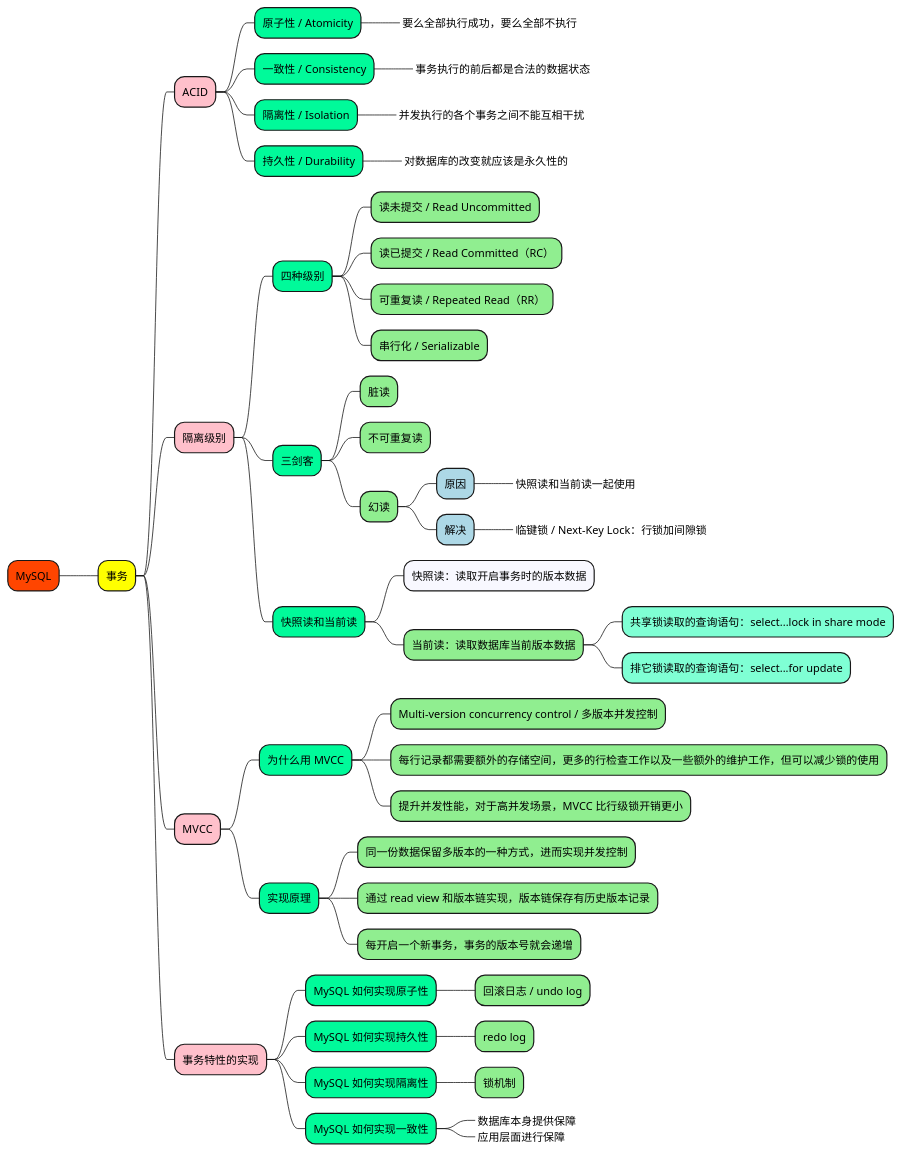
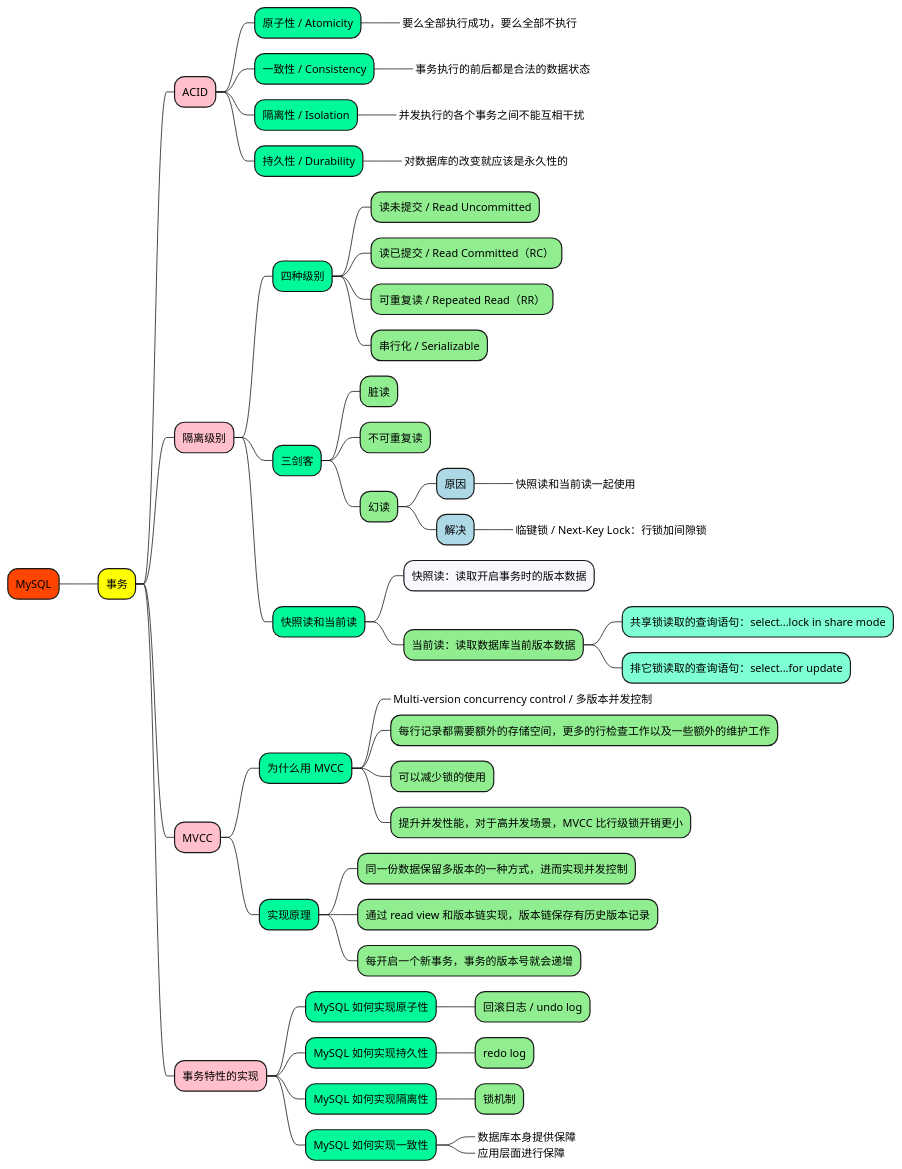
The diagram in 1_map/database/MySQL-事务.puml (doveg/self-cultivation-of-a-software-engineer), drawn with PlantUML before and after one commit. The commit also changed 19 other files, not shown here.

```diff
--- a/1_map/database/MySQL-事务.puml
+++ b/1_map/database/MySQL-事务.puml
@@ -1,71 +1,72 @@
 @startmindmap
 
 +[#OrangeRed] MySQL
 
 ++[#yellow] 事务
 
 +++[#Pink] ACID
 
 ++++[#MediumSpringGreen] 原子性 / Atomicity
 +++++[#LightGreen]_ 要么全部执行成功，要么全部不执行
 ++++[#MediumSpringGreen] 一致性 / Consistency
 +++++[#LightGreen]_ 事务执行的前后都是合法的数据状态
 ++++[#MediumSpringGreen] 隔离性 / Isolation
 +++++[#LightGreen]_ 并发执行的各个事务之间不能互相干扰
 ++++[#MediumSpringGreen] 持久性 / Durability
 +++++[#LightGreen]_ 对数据库的改变就应该是永久性的
 
 
 +++[#Pink] 隔离级别
 
 ++++[#MediumSpringGreen] 四种级别
 +++++[#LightGreen] 读未提交 / Read Uncommitted
 +++++[#LightGreen] 读已提交 / Read Committed（RC）
 +++++[#LightGreen] 可重复读 / Repeated Read（RR）
 +++++[#LightGreen] 串行化 / Serializable
 
 ++++[#MediumSpringGreen] 三剑客
 +++++[#LightGreen] 脏读
 +++++[#LightGreen] 不可重复读
 +++++[#LightGreen] 幻读
 
 ++++++[#LightBlue] 原因
 +++++++[#Aquamarine]_ 快照读和当前读一起使用
 
 ++++++[#LightBlue] 解决
 +++++++[#Aquamarine]_ 临键锁 / Next-Key Lock：行锁加间隙锁
 
 ++++[#MediumSpringGreen] 快照读和当前读
 +++++[#GhostWhite] 快照读：读取开启事务时的版本数据
 +++++[#LightGreen] 当前读：读取数据库当前版本数据
 ++++++[#Aquamarine] 共享锁读取的查询语句：select...lock in share mode
 ++++++[#Aquamarine] 排它锁读取的查询语句：select...for update
 
 
 +++[#Pink] MVCC
 
 ++++[#MediumSpringGreen] 为什么用 MVCC
-+++++[#LightGreen] Multi-version concurrency control / 多版本并发控制
-+++++[#LightGreen] 每行记录都需要额外的存储空间，更多的行检查工作以及一些额外的维护工作，但可以减少锁的使用
++++++[#LightGreen]_ Multi-version concurrency control / 多版本并发控制
++++++[#LightGreen] 每行记录都需要额外的存储空间，更多的行检查工作以及一些额外的维护工作
++++++[#LightGreen] 可以减少锁的使用
 +++++[#LightGreen] 提升并发性能，对于高并发场景，MVCC 比行级锁开销更小
 
 ++++[#MediumSpringGreen] 实现原理
 +++++[#LightGreen] 同一份数据保留多版本的一种方式，进而实现并发控制
 +++++[#LightGreen] 通过 read view 和版本链实现，版本链保存有历史版本记录
 +++++[#LightGreen] 每开启一个新事务，事务的版本号就会递增
 
 
 +++[#Pink] 事务特性的实现
 
 ++++[#MediumSpringGreen] MySQL 如何实现原子性
 +++++[#LightGreen] 回滚日志 / undo log
 ++++[#MediumSpringGreen] MySQL 如何实现持久性
 +++++[#LightGreen] redo log
 ++++[#MediumSpringGreen] MySQL 如何实现隔离性
 +++++[#LightGreen] 锁机制
 ++++[#MediumSpringGreen] MySQL 如何实现一致性
 +++++[#LightGreen]_ 数据库本身提供保障
 +++++[#LightGreen]_ 应用层面进行保障
 
 
 @endmindmap
```
